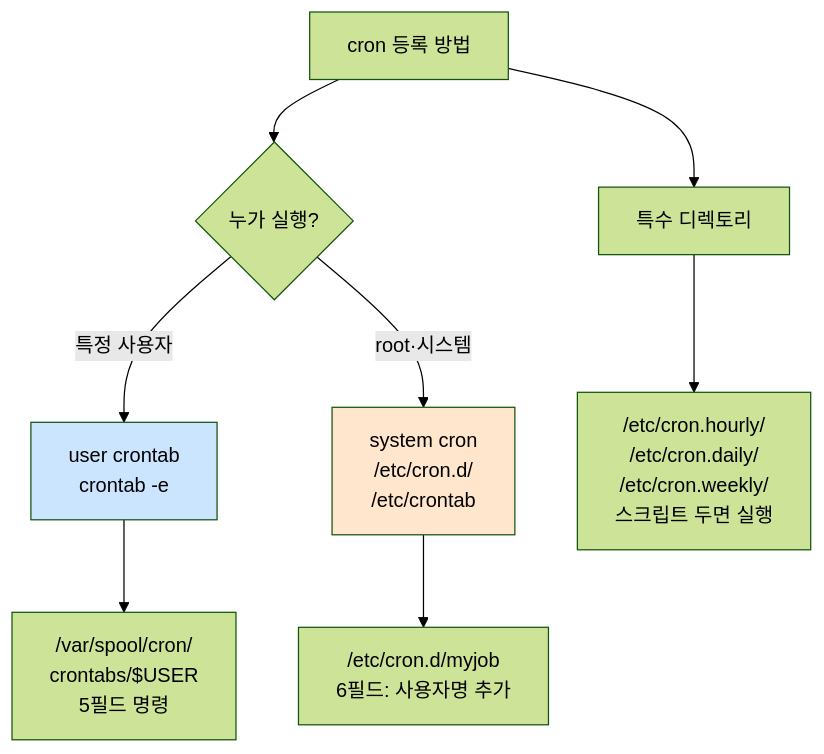
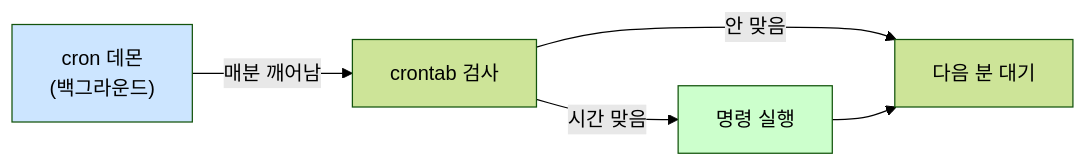
Before and after one commit to codewhite7777/codyssey_notes: the first of 2 diagrams in codyssey_b1_1_study/cron-fundamentals.md, drawn with Mermaid (forest theme). The commit also changed other lines of this file and 4 other files, not shown here.

````diff
--- a/codyssey_b1_1_study/cron-fundamentals.md
+++ b/codyssey_b1_1_study/cron-fundamentals.md
@@ -63,15 +146,10 @@
 ```mermaid
-flowchart TD
-    A[cron 등록 방법] --> B{누가 실행?}
-    B -->|특정 사용자| C["user crontab<br/>crontab -e"]
-    B -->|root·시스템| D["system cron<br/>/etc/cron.d/<br/>/etc/crontab"]
+flowchart LR
+    A["cron 데몬<br/>(백그라운드)"] -->|매분 깨어남| B[crontab 검사]
+    B -->|시간 맞음| C[명령 실행]
+    B -->|안 맞음| D[다음 분 대기]
+    C --> D
 
-    C --> E["/var/spool/cron/<br/>crontabs/$USER<br/>5필드 명령"]
-    D --> F["/etc/cron.d/myjob<br/>6필드: 사용자명 추가"]
-
-    A --> G[특수 디렉토리]
-    G --> H["/etc/cron.hourly/<br/>/etc/cron.daily/<br/>/etc/cron.weekly/<br/>스크립트 두면 실행"]
-
-    style C fill:#cce5ff
-    style D fill:#ffe6cc
+    style A fill:#cce5ff
+    style C fill:#ccffcc
 ```
````
